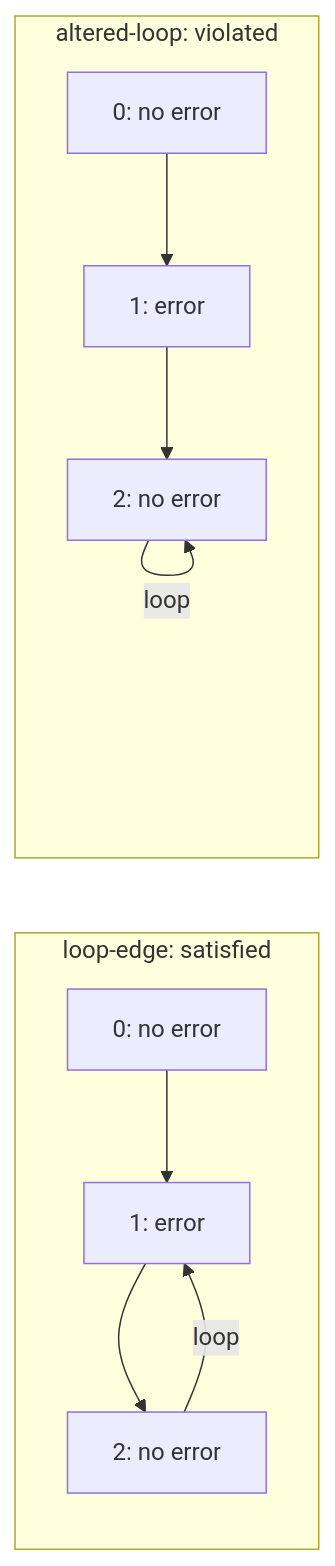
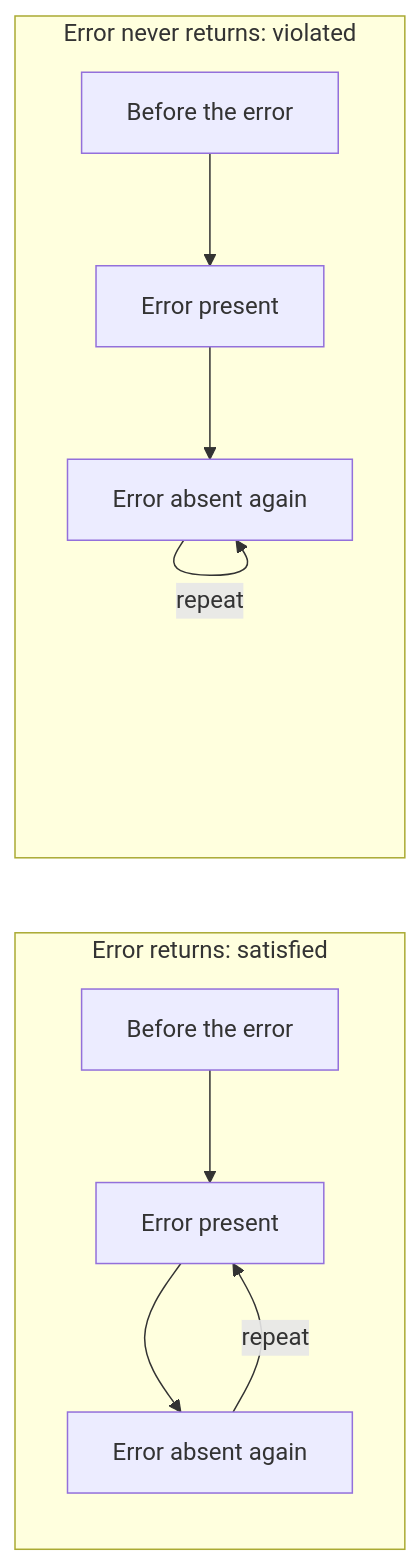
One commit to kbak/clafer-compiler-lean changed the diagram in docs/temporal-comparison.md. Above: the diagram before and after it, drawn with Mermaid. The commit also changed other lines of this file and 13 other files, not shown here.

````diff
--- a/docs/temporal-comparison.md
+++ b/docs/temporal-comparison.md
@@ -88,13 +56,13 @@
 ```mermaid
 flowchart LR
-    subgraph Valid["loop-edge: satisfied"]
-        A0["0: no error"] --> A1["1: error"]
-        A1 --> A2["2: no error"]
-        A2 -->|loop| A1
+    subgraph Valid["Error returns: satisfied"]
+        before["Before the error"] --> reported["Error present"]
+        reported --> absent["Error absent again"]
+        absent -->|repeat| reported
     end
-    subgraph Invalid["altered-loop: violated"]
-        B0["0: no error"] --> B1["1: error"]
-        B1 --> B2["2: no error"]
-        B2 -->|loop| B2
+    subgraph Invalid["Error never returns: violated"]
+        otherBefore["Before the error"] --> otherReported["Error present"]
+        otherReported --> otherAbsent["Error absent again"]
+        otherAbsent -->|repeat| otherAbsent
     end
 ```
````
